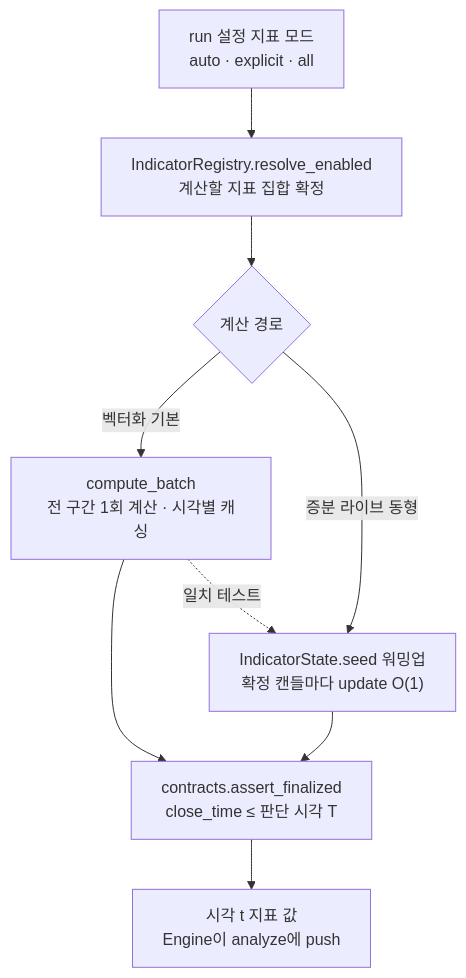
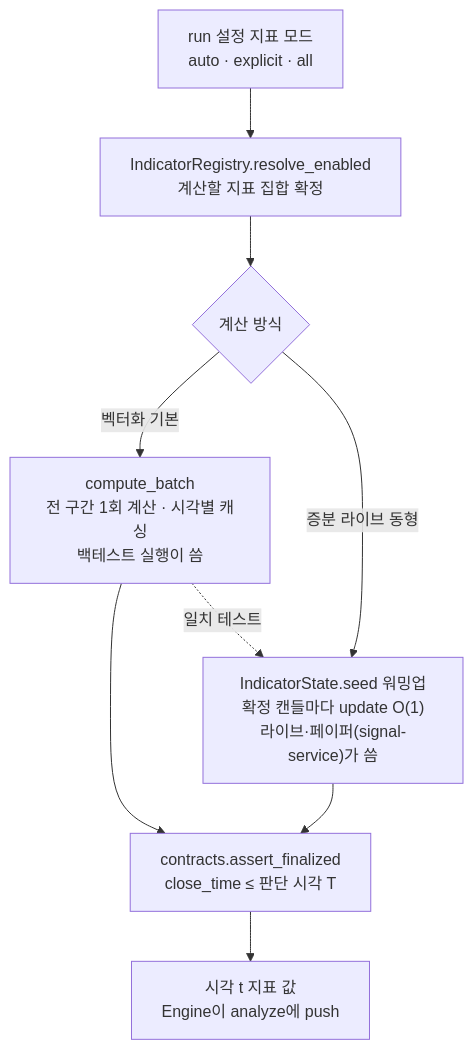
One commit to vessel35/trading-system-v2 changed the ninth of 17 diagrams in docs/fullspec/backtest_v2_detailed_design.md. Above: the diagram before and after it, drawn with Mermaid. The commit also changed other lines of this file, not shown here.

````diff
--- a/docs/fullspec/backtest_v2_detailed_design.md
+++ b/docs/fullspec/backtest_v2_detailed_design.md
@@ -1465,11 +1469,11 @@
 ```mermaid
 flowchart TD
     CFG["run 설정 지표 모드<br/>auto · explicit · all"] --> RESOLVE["IndicatorRegistry.resolve_enabled<br/>계산할 지표 집합 확정"]
-    RESOLVE --> MODE{"계산 경로"}
-    MODE -->|"벡터화 기본"| VEC["compute_batch<br/>전 구간 1회 계산 · 시각별 캐싱"]
-    MODE -->|"증분 라이브 동형"| INC["IndicatorState.seed 워밍업<br/>확정 캔들마다 update O(1)"]
+    RESOLVE --> MODE{"계산 방식"}
+    MODE -->|"벡터화 기본"| VEC["compute_batch<br/>전 구간 1회 계산 · 시각별 캐싱<br/>백테스트 실행이 씀"]
+    MODE -->|"증분 라이브 동형"| INC["IndicatorState.seed 워밍업<br/>확정 캔들마다 update O(1)<br/>라이브·페이퍼(signal-service)가 씀"]
     VEC --> GATE["contracts.assert_finalized<br/>close_time ≤ 판단 시각 T"]
     INC --> GATE
     GATE --> OUT["시각 t 지표 값<br/>Engine이 analyze에 push"]
     VEC -. 일치 테스트 .-> INC
 ```
````
